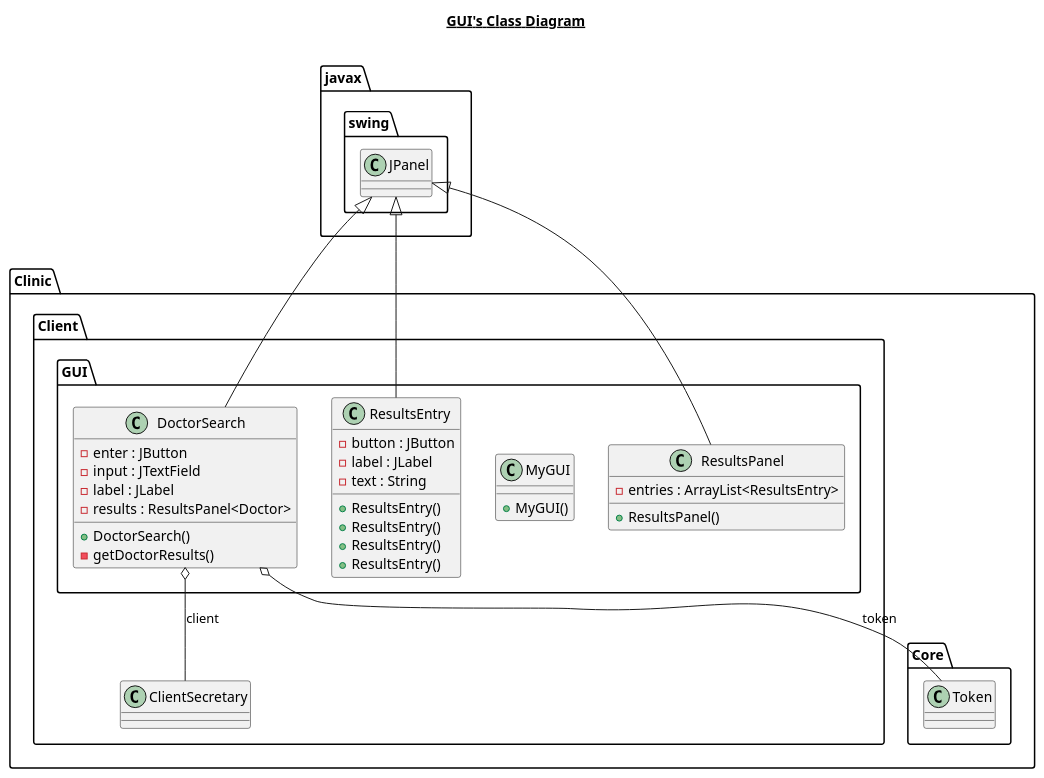
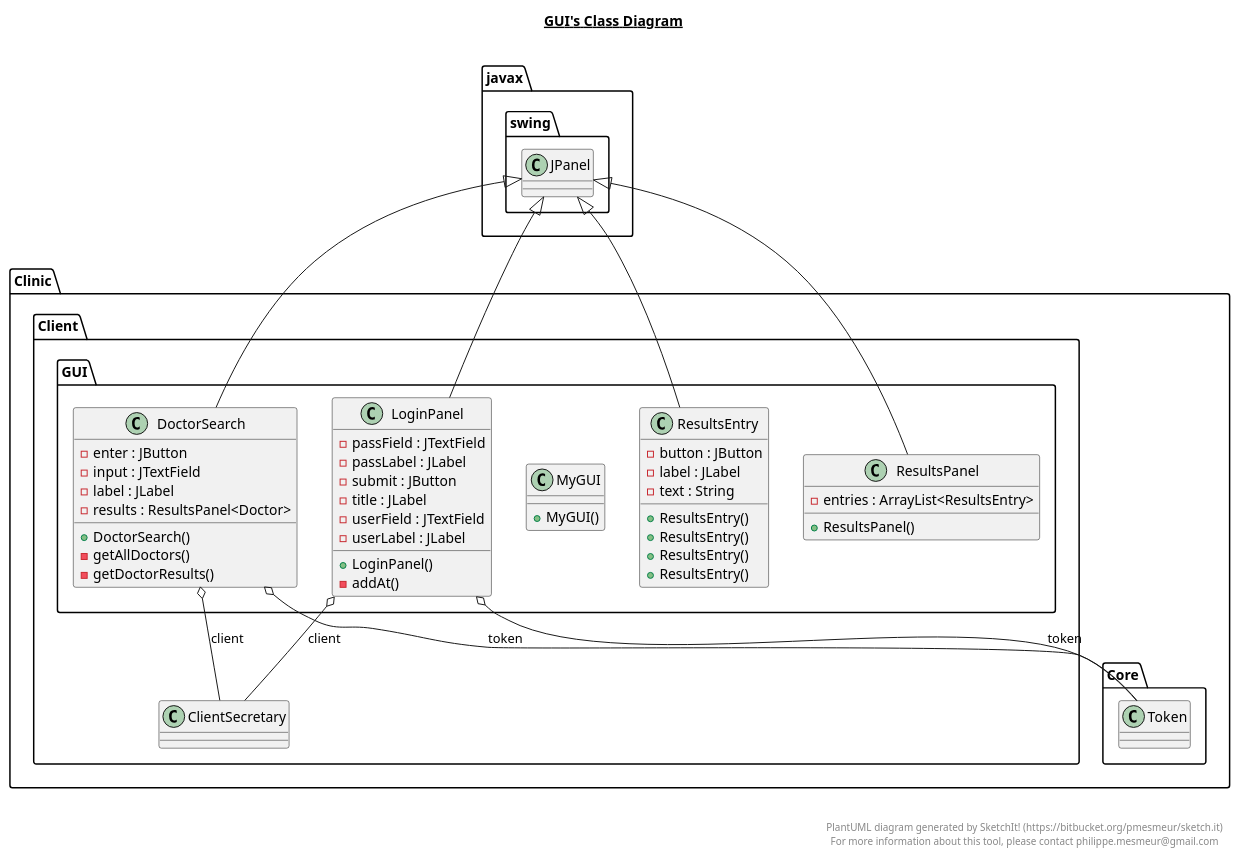
The diagram in src/Clinic/Client/GUI/GUI.plantuml (AidanJohnston/Omar), drawn with PlantUML before and after one commit. The commit also changed 8 other files, not shown here.

Commit message:
PlantUML

```diff
--- a/src/Clinic/Client/GUI/GUI.plantuml
+++ b/src/Clinic/Client/GUI/GUI.plantuml
@@ -1,60 +1,87 @@
 @startuml
 
 title __GUI's Class Diagram__\n
 
   namespace Clinic.Client {
     namespace GUI {
       class Clinic.Client.GUI.DoctorSearch {
           - enter : JButton
           - input : JTextField
           - label : JLabel
           - results : ResultsPanel<Doctor>
           + DoctorSearch()
+          - getAllDoctors()
           - getDoctorResults()
+      }
+    }
+  }
+  
+
+  namespace Clinic.Client {
+    namespace GUI {
+      class Clinic.Client.GUI.LoginPanel {
+          - passField : JTextField
+          - passLabel : JLabel
+          - submit : JButton
+          - title : JLabel
+          - userField : JTextField
+          - userLabel : JLabel
+          + LoginPanel()
+          - addAt()
       }
     }
   }
   
 
   namespace Clinic.Client {
     namespace GUI {
       class Clinic.Client.GUI.MyGUI {
           + MyGUI()
       }
     }
   }
   
 
   namespace Clinic.Client {
     namespace GUI {
       class Clinic.Client.GUI.ResultsEntry {
           - button : JButton
           - label : JLabel
           - text : String
           + ResultsEntry()
           + ResultsEntry()
           + ResultsEntry()
           + ResultsEntry()
       }
     }
   }
-  
+
 
   namespace Clinic.Client {
     namespace GUI {
       class Clinic.Client.GUI.ResultsPanel {
           - entries : ArrayList<ResultsEntry>
           + ResultsPanel()
       }
     }
   }
   
 
   Clinic.Client.GUI.DoctorSearch -up-|> javax.swing.JPanel
   Clinic.Client.GUI.DoctorSearch o-- Clinic.Client.ClientSecretary : client
   Clinic.Client.GUI.DoctorSearch o-- Clinic.Core.Token : token
+  Clinic.Client.GUI.LoginPanel -up-|> javax.swing.JPanel
+  Clinic.Client.GUI.LoginPanel o-- Clinic.Client.ClientSecretary : client
+  Clinic.Client.GUI.LoginPanel o-- Clinic.Core.Token : token
   Clinic.Client.GUI.ResultsEntry -up-|> javax.swing.JPanel
   Clinic.Client.GUI.ResultsPanel -up-|> javax.swing.JPanel
 
 
+right footer
+
+
+PlantUML diagram generated by SketchIt! (https://bitbucket.org/pmesmeur/sketch.it)
+For more information about this tool, please contact philippe.mesmeur@gmail.com
+endfooter
+
 @enduml
```
